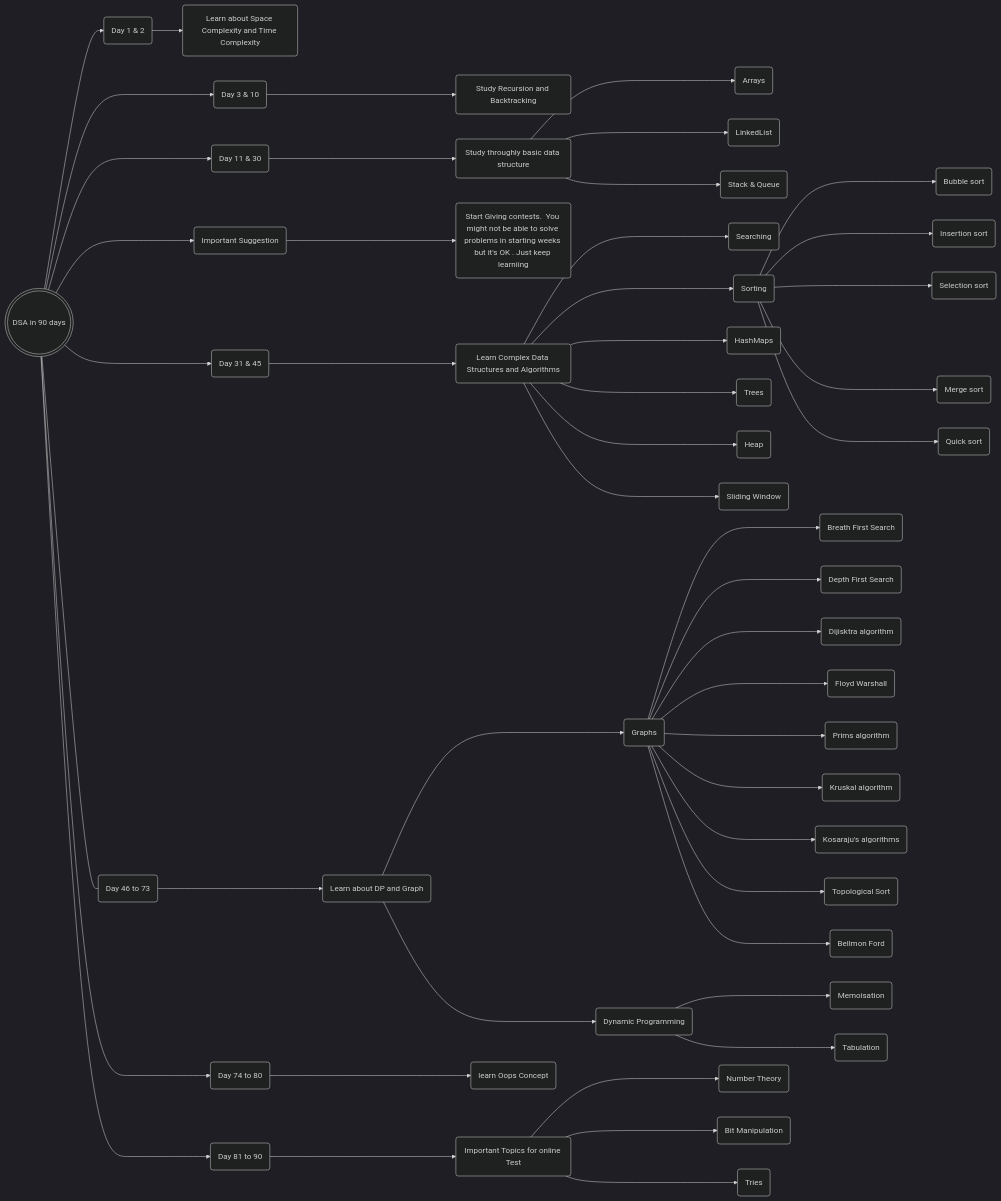
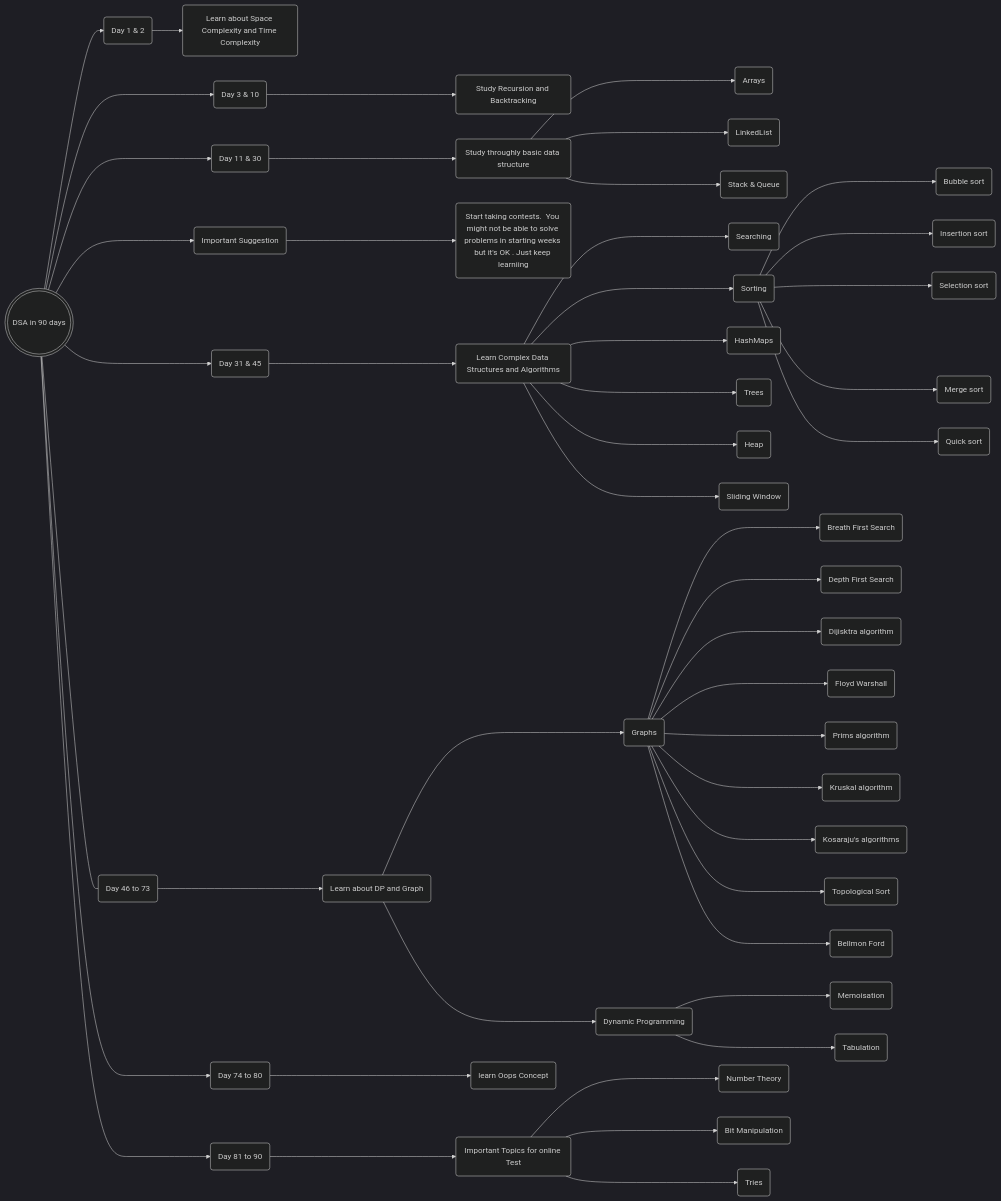
The diagram in DSA-RoadMap-90-Days/README.md (askbuddie/margdarsak), drawn with Mermaid (dark theme) before and after one commit.

````diff
--- a/DSA-RoadMap-90-Days/README.md
+++ b/DSA-RoadMap-90-Days/README.md
@@ -6,60 +6,60 @@
 ```mermaid
 flowchart LR
     A(((DSA in 90 days))) --> B(Day 1 & 2)
     B --> BA(Learn about Space Complexity and Time Complexity)
     
     A ---> C(Day 3 & 10)
     C ---> CA(Study Recursion and Backtracking)
     
     A ---> D(Day 11 & 30)
     D ---> DA(Study throughly basic data structure)
     DA ---> DAA(Arrays)
     DA ---> DAB(LinkedList)
     DA ---> DAC(Stack & Queue)
     
     A ---> E(Important Suggestion)
-    E ---> EA(Start Giving contests.  You might not be able to solve problems in starting weeks but it's OK . Just keep learniing)
+    E ---> EA(Start taking contests.  You might not be able to solve problems in starting weeks but it's OK . Just keep learniing)
     
     
     A ---> F(Day 31 & 45)
     F ---> FA(Learn Complex Data Structures and Algorithms)
     FA ---> FAA(Searching)
     FA ---> FAB(Sorting)
     FAB ---> FABA(Bubble sort)
     FAB ---> FABB(Insertion sort)
     FAB ---> FABC(Selection sort)
     FAB ---> FABD(Merge sort)
     FAB ---> FABE(Quick sort)
     FA ---> FAC(HashMaps)
     FA ---> FAD(Trees)
     FA ---> FAE(Heap)
     FA ---> FAF(Sliding Window)
     
     A --- G(Day 46 to 73)
     G ---> GA(Learn about DP and Graph)
     GA ---> GAA(Graphs)
     GAA ---> GAAA(Breath First Search)
     GAA ---> GAAB(Depth First Search)
     GAA ---> GAAC(Dijisktra algorithm)
     GAA ---> GAAD(Floyd Warshall)
     GAA ---> GAAE(Prims algorithm)
     GAA ---> GAAF(Kruskal algorithm)
     GAA ---> GAAG(Kosaraju's algorithms)
     GAA ---> GAAH(Topological Sort)
     GAA ---> GAAI(Bellmon Ford)
     GA ---> GAB(Dynamic Programming)
     GAB ---> GABA(Memoisation)
     GAB ---> GABB(Tabulation)
     
     
     A ---> H(Day 74 to 80)
     H ---> HA(learn Oops Concept)
     
     
     A ---> I(Day 81 to 90)
     I ---> IA(Important Topics for online Test)
     IA ---> IAA(Number Theory)
     IA ---> IAB(Bit Manipulation)
     IA ---> IAC(Tries)
  
 ```
````
